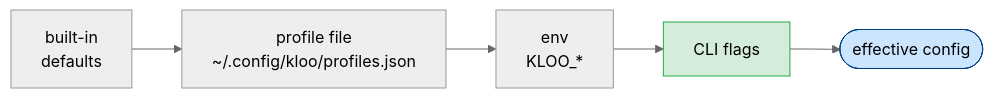
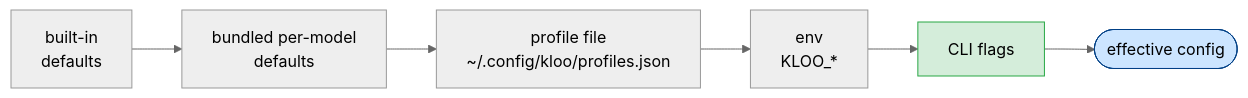
The diagram in docs/configuration.md (lokalhub/kloo), drawn with Mermaid (neutral theme) before and after one commit. The commit also changed other lines of this file and 7 other files, not shown here.

First line of the commit message:
feat(config): bundled per-model defaults + accept toolFormat "auto"

````diff
--- a/docs/configuration.md
+++ b/docs/configuration.md
@@ -12,9 +12,10 @@
 ```mermaid
 flowchart LR
-    D[built-in<br/>defaults] --> P["profile file<br/>~/.config/kloo/profiles.json"]
+    D[built-in<br/>defaults] --> B["bundled per-model<br/>defaults"]
+    B --> P["profile file<br/>~/.config/kloo/profiles.json"]
     P --> E["env<br/>KLOO_*"]
     E --> F[CLI flags]
     F --> R([effective config])
     style F fill:#d4edda,stroke:#28a745
     style R fill:#cce5ff,stroke:#004085
 ```
````
